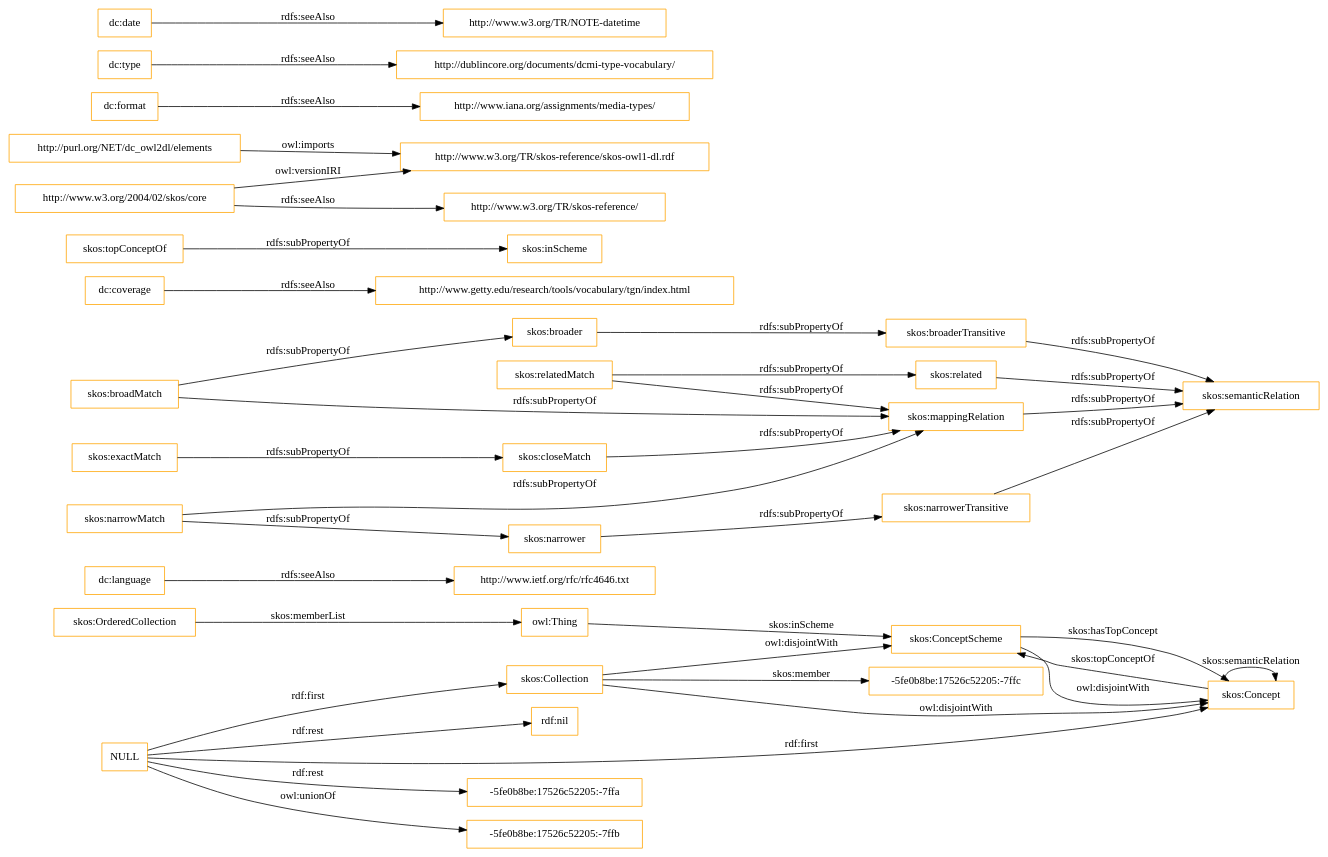
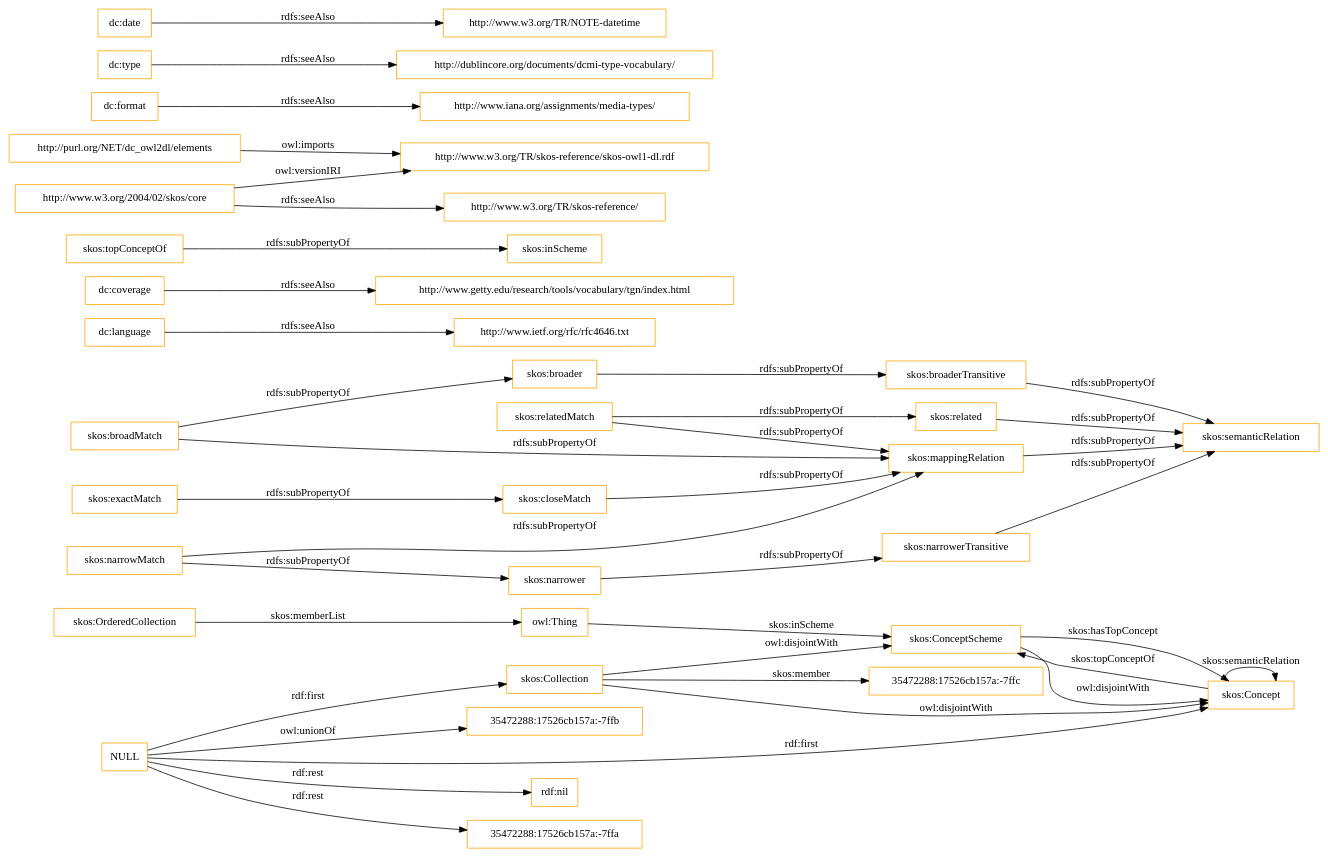
The diagram in OnToology/imports/elements.owl/diagrams/ar2dtool-class/elements.owl.png.dot (OnToologyUser/core-ontology-1), drawn with Graphviz before and after one commit. The commit also changed 14 other files, not shown here.

```diff
--- a/OnToology/imports/elements.owl/diagrams/ar2dtool-class/elements.owl.png.dot
+++ b/OnToology/imports/elements.owl/diagrams/ar2dtool-class/elements.owl.png.dot
@@ -1,43 +1,43 @@
 digraph ar2dtool_diagram { 
 rankdir=LR;
 size="1501"
-node [shape = rectangle, color="orange"]; "-5fe0b8be:17526c52205:-7ffc" "skos:OrderedCollection" "skos:Collection" "skos:ConceptScheme" "skos:Concept" ; /*classes style*/
+node [shape = rectangle, color="orange"]; "35472288:17526cb157a:-7ffc" "skos:OrderedCollection" "skos:Collection" "skos:ConceptScheme" "skos:Concept" ; /*classes style*/
+	"skos:narrowerTransitive" -> "skos:semanticRelation" [ label = "rdfs:subPropertyOf" ];
 	"dc:language" -> "http://www.ietf.org/rfc/rfc4646.txt" [ label = "rdfs:seeAlso" ];
-	"NULL" -> "-5fe0b8be:17526c52205:-7ffa" [ label = "rdf:rest" ];
-	"NULL" -> "skos:Concept" [ label = "rdf:first" ];
-	"NULL" -> "-5fe0b8be:17526c52205:-7ffb" [ label = "owl:unionOf" ];
-	"NULL" -> "rdf:nil" [ label = "rdf:rest" ];
-	"NULL" -> "skos:Collection" [ label = "rdf:first" ];
 	"skos:closeMatch" -> "skos:mappingRelation" [ label = "rdfs:subPropertyOf" ];
 	"dc:coverage" -> "http://www.getty.edu/research/tools/vocabulary/tgn/index.html" [ label = "rdfs:seeAlso" ];
 	"skos:relatedMatch" -> "skos:related" [ label = "rdfs:subPropertyOf" ];
 	"skos:relatedMatch" -> "skos:mappingRelation" [ label = "rdfs:subPropertyOf" ];
 	"skos:ConceptScheme" -> "skos:Concept" [ label = "owl:disjointWith" ];
 	"skos:related" -> "skos:semanticRelation" [ label = "rdfs:subPropertyOf" ];
 	"skos:topConceptOf" -> "skos:inScheme" [ label = "rdfs:subPropertyOf" ];
 	"skos:broadMatch" -> "skos:broader" [ label = "rdfs:subPropertyOf" ];
 	"skos:broadMatch" -> "skos:mappingRelation" [ label = "rdfs:subPropertyOf" ];
 	"http://purl.org/NET/dc_owl2dl/elements" -> "http://www.w3.org/TR/skos-reference/skos-owl1-dl.rdf" [ label = "owl:imports" ];
 	"skos:exactMatch" -> "skos:closeMatch" [ label = "rdfs:subPropertyOf" ];
 	"dc:format" -> "http://www.iana.org/assignments/media-types/" [ label = "rdfs:seeAlso" ];
 	"skos:broaderTransitive" -> "skos:semanticRelation" [ label = "rdfs:subPropertyOf" ];
 	"dc:type" -> "http://dublincore.org/documents/dcmi-type-vocabulary/" [ label = "rdfs:seeAlso" ];
 	"skos:broader" -> "skos:broaderTransitive" [ label = "rdfs:subPropertyOf" ];
 	"skos:mappingRelation" -> "skos:semanticRelation" [ label = "rdfs:subPropertyOf" ];
 	"http://www.w3.org/2004/02/skos/core" -> "http://www.w3.org/TR/skos-reference/skos-owl1-dl.rdf" [ label = "owl:versionIRI" ];
 	"http://www.w3.org/2004/02/skos/core" -> "http://www.w3.org/TR/skos-reference/" [ label = "rdfs:seeAlso" ];
 	"skos:Collection" -> "skos:ConceptScheme" [ label = "owl:disjointWith" ];
 	"skos:Collection" -> "skos:Concept" [ label = "owl:disjointWith" ];
 	"skos:narrowMatch" -> "skos:narrower" [ label = "rdfs:subPropertyOf" ];
 	"skos:narrowMatch" -> "skos:mappingRelation" [ label = "rdfs:subPropertyOf" ];
 	"skos:narrower" -> "skos:narrowerTransitive" [ label = "rdfs:subPropertyOf" ];
 	"dc:date" -> "http://www.w3.org/TR/NOTE-datetime" [ label = "rdfs:seeAlso" ];
-	"skos:narrowerTransitive" -> "skos:semanticRelation" [ label = "rdfs:subPropertyOf" ];
+	"NULL" -> "rdf:nil" [ label = "rdf:rest" ];
+	"NULL" -> "skos:Collection" [ label = "rdf:first" ];
+	"NULL" -> "35472288:17526cb157a:-7ffa" [ label = "rdf:rest" ];
+	"NULL" -> "skos:Concept" [ label = "rdf:first" ];
+	"NULL" -> "35472288:17526cb157a:-7ffb" [ label = "owl:unionOf" ];
 	"skos:OrderedCollection" -> "owl:Thing" [ label = "skos:memberList" ];
 	"skos:Concept" -> "skos:ConceptScheme" [ label = "skos:topConceptOf" ];
 	"skos:Concept" -> "skos:Concept" [ label = "skos:semanticRelation" ];
-	"skos:Collection" -> "-5fe0b8be:17526c52205:-7ffc" [ label = "skos:member" ];
+	"skos:Collection" -> "35472288:17526cb157a:-7ffc" [ label = "skos:member" ];
 	"skos:ConceptScheme" -> "skos:Concept" [ label = "skos:hasTopConcept" ];
 	"owl:Thing" -> "skos:ConceptScheme" [ label = "skos:inScheme" ];
 
 }
```
